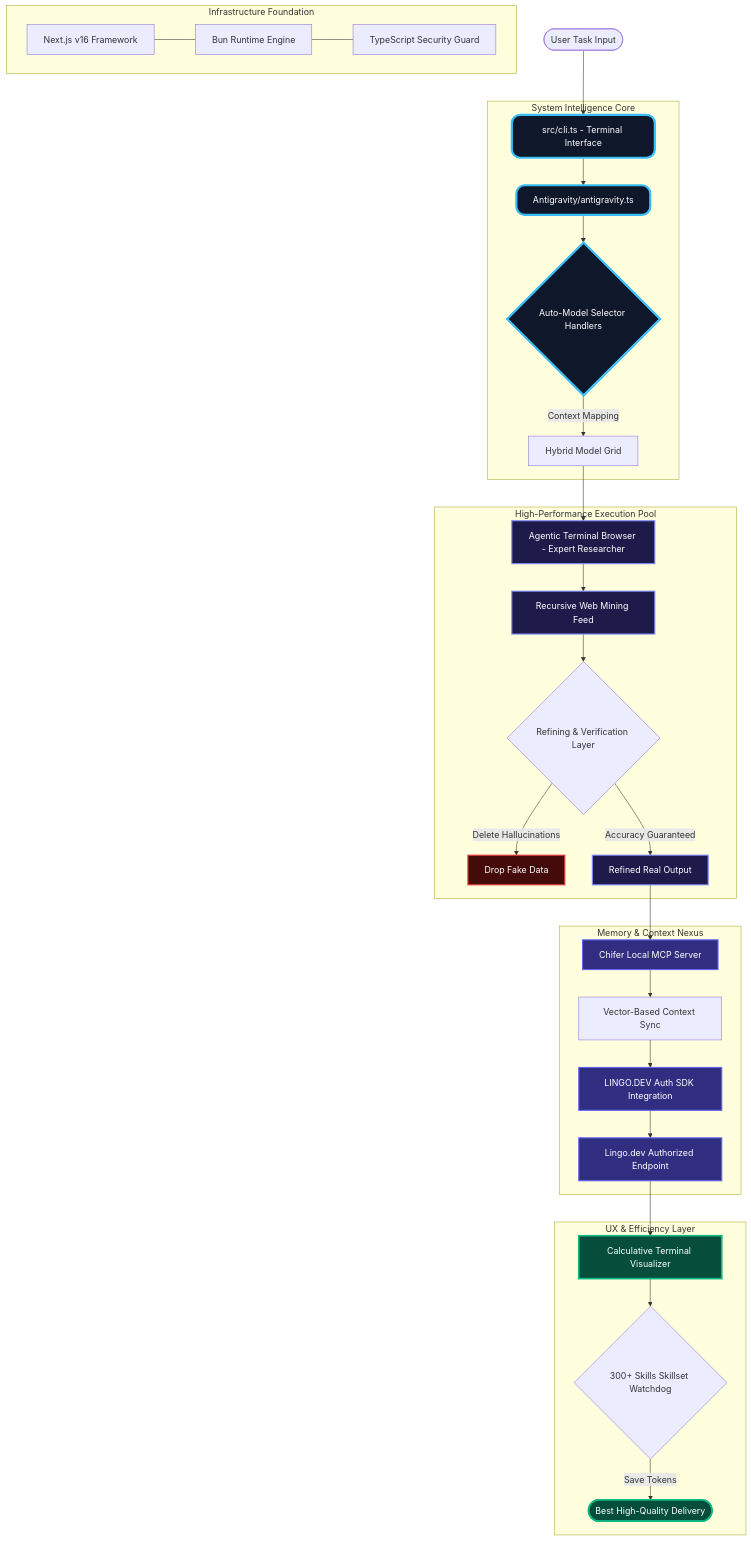
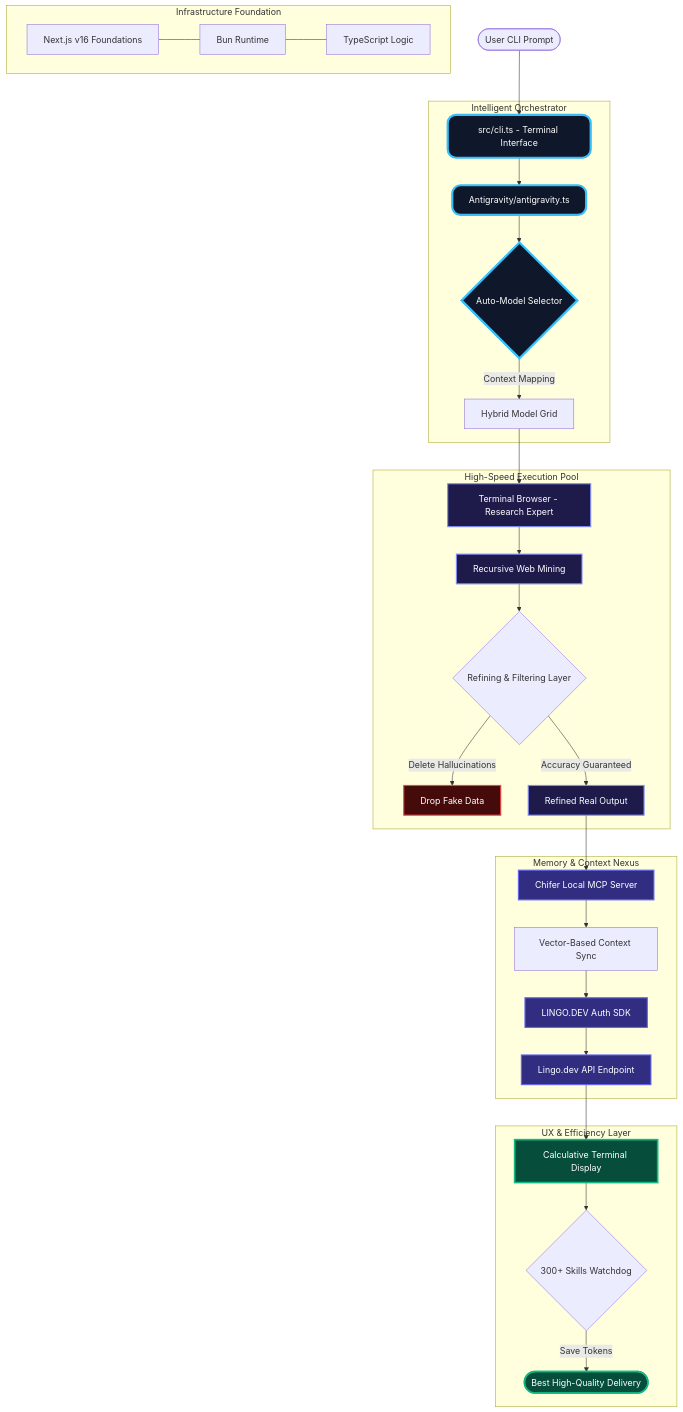
Before and after one commit to khalidayaany/Khalid-Ayaan-Y-Y-Claw-LingoDev-: the diagram in README.md, drawn with Mermaid. The commit also changed other lines of this file, not shown here.

Commit message:
docs: finalized technical pitch and CLI usage guide in English

````diff
--- a/README.md
+++ b/README.md
@@ -46,49 +45,49 @@
 ```mermaid
 graph TD
     %% Advanced Styling
     classDef main color:#fff,fill:#0f172a,stroke:#38bdf8,stroke-width:4px,rx:15,ry:15;
     classDef engine color:#fff,fill:#1e1b4b,stroke:#818cf8,stroke-width:2px;
     classDef memory color:#fff,fill:#312e81,stroke:#6366f1,stroke-width:2px;
     classDef finish color:#fff,fill:#064e3b,stroke:#10b981,stroke-width:3px;
     classDef alert color:#fff,fill:#450a0a,stroke:#ef4444,stroke-width:2px;
 
-    User([User Task Input]) --> CLI[src/cli.ts - Terminal Interface]
+    User([User CLI Prompt]) --> CLI[src/cli.ts - Terminal Interface]
     
-    subgraph "System Intelligence Core"
+    subgraph "Intelligent Orchestrator"
         CLI --> Ext[Antigravity/antigravity.ts]
-        Ext --> ModelSelector{Auto-Model Selector Handlers}
+        Ext --> ModelSelector{Auto-Model Selector}
         ModelSelector -- "Context Mapping" --> MultiAI[Hybrid Model Grid]
     end
 
-    subgraph "High-Performance Execution Pool"
-        MultiAI --> TermBrowser[Agentic Terminal Browser - Expert Researcher]
-        TermBrowser --> DeepSearch[Recursive Web Mining Feed]
-        DeepSearch --> DataRefiner{Refining & Verification Layer}
+    subgraph "High-Speed Execution Pool"
+        MultiAI --> TermBrowser[Terminal Browser - Research Expert]
+        TermBrowser --> DeepSearch[Recursive Web Mining]
+        DeepSearch --> DataRefiner{Refining & Filtering Layer}
         DataRefiner -- "Delete Hallucinations" --> Shaker[Drop Fake Data]
         DataRefiner -- "Accuracy Guaranteed" --> CleanData[Refined Real Output]
     end
 
     subgraph "Memory & Context Nexus"
         CleanData --> Chifer[Chifer Local MCP Server]
         Chifer --> FastSync[Vector-Based Context Sync]
-        FastSync --> LingoSDK[LINGO.DEV Auth SDK Integration]
-        LingoSDK --> LocalizationAPI[Lingo.dev Authorized Endpoint]
+        FastSync --> LingoSDK[LINGO.DEV Auth SDK]
+        LingoSDK --> LocalizationAPI[Lingo.dev API Endpoint]
     end
 
     subgraph "UX & Efficiency Layer"
-        LocalizationAPI --> CalcTerminal[Calculative Terminal Visualizer]
-        CalcTerminal --> SkillMonitor{300+ Skills Skillset Watchdog}
+        LocalizationAPI --> CalcTerminal[Calculative Terminal Display]
+        CalcTerminal --> SkillMonitor{300+ Skills Watchdog}
         SkillMonitor -- "Save Tokens" --> FinalOutput([Best High-Quality Delivery])
     end
 
     subgraph "Infrastructure Foundation"
-        NextJS[Next.js v16 Framework] --- BunEngine[Bun Runtime Engine]
-        BunEngine --- TS[TypeScript Security Guard]
+        NextJS[Next.js v16 Foundations] --- BunEngine[Bun Runtime]
+        BunEngine --- TS[TypeScript Logic]
     end
 
     class CLI,Ext,ModelSelector main;
     class TermBrowser,DeepSearch,CleanData engine;
     class Chifer,LingoSDK,LocalizationAPI memory;
     class CalcTerminal,FinalOutput finish;
     class Shaker alert;
 ```
````
